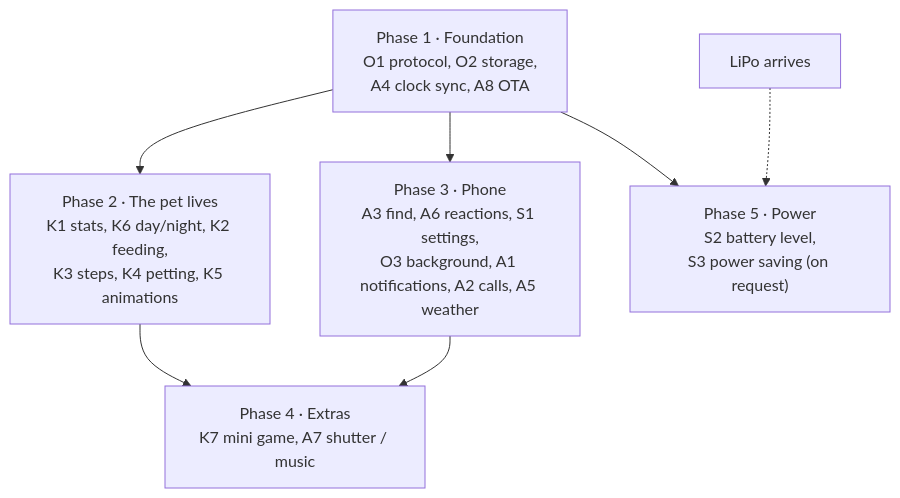
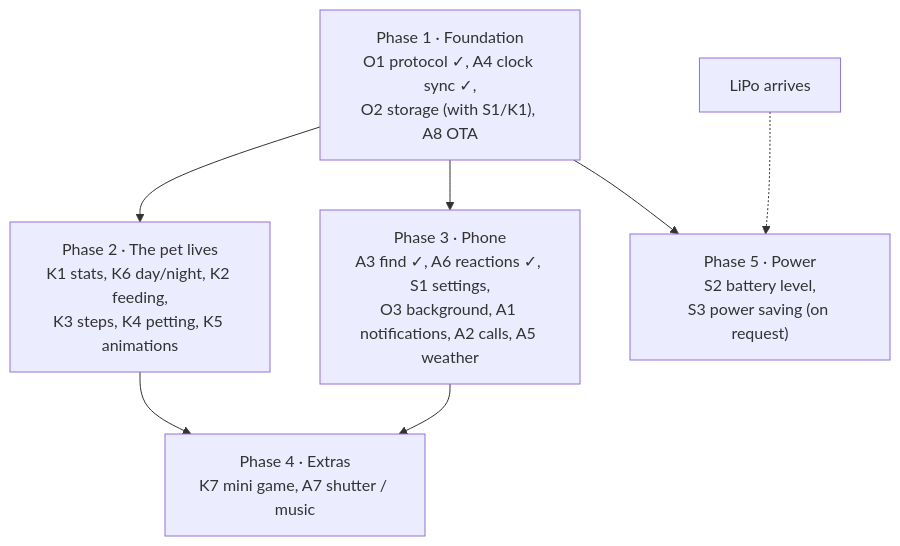
The diagram in docs/roadmap.md (elymsyr/mysterychain), drawn with Mermaid before and after one commit. The commit also changed other lines of this file and 1 other file, not shown here.

Commit message:
Update roadmap and bring-up documentation with testing details and completion dates

````diff
--- a/docs/roadmap.md
+++ b/docs/roadmap.md
@@ -66,10 +66,10 @@
 ```mermaid
 flowchart TD
-    F1["Phase 1 · Foundation<br/>O1 protocol, O2 storage,<br/>A4 clock sync, A8 OTA"]
+    F1["Phase 1 · Foundation<br/>O1 protocol ✓, A4 clock sync ✓,<br/>O2 storage (with S1/K1), A8 OTA"]
     F1 --> F2["Phase 2 · The pet lives<br/>K1 stats, K6 day/night, K2 feeding,<br/>K3 steps, K4 petting, K5 animations"]
-    F1 --> F3["Phase 3 · Phone<br/>A3 find, A6 reactions, S1 settings,<br/>O3 background, A1 notifications, A2 calls, A5 weather"]
+    F1 --> F3["Phase 3 · Phone<br/>A3 find ✓, A6 reactions ✓, S1 settings,<br/>O3 background, A1 notifications, A2 calls, A5 weather"]
     F2 --> F4["Phase 4 · Extras<br/>K7 mini game, A7 shutter / music"]
     F3 --> F4
     L["LiPo arrives"] -.-> F5["Phase 5 · Power<br/>S2 battery level,<br/>S3 power saving (on request)"]
     F1 --> F5
 ```
````
